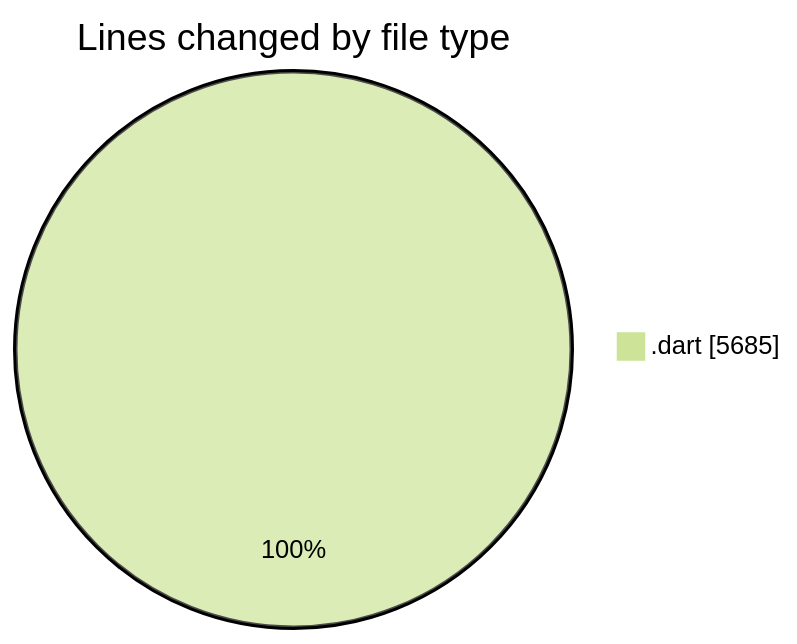
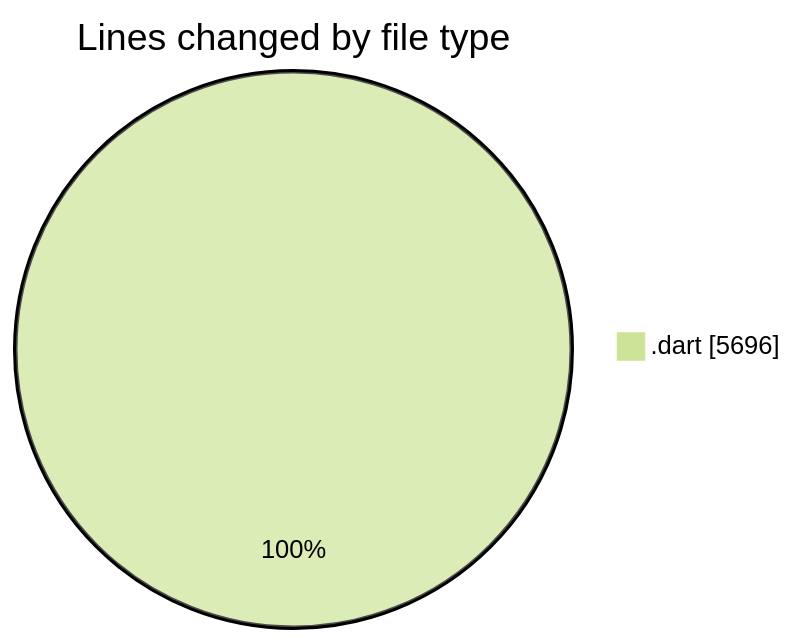
The first of 2 diagrams in 2025-08-28/studybuddy/README.md (lephambinh05/code-tracking), drawn with Mermaid (forest theme) before and after one commit. The commit also changed other lines of this file and 1 other file, not shown here.

````diff
--- a/2025-08-28/studybuddy/README.md
+++ b/2025-08-28/studybuddy/README.md
@@ -32,5 +32,5 @@
 ```mermaid
 pie showData
 title Lines changed by file type
-".dart" : 5685
+".dart" : 5696
 ```
````
